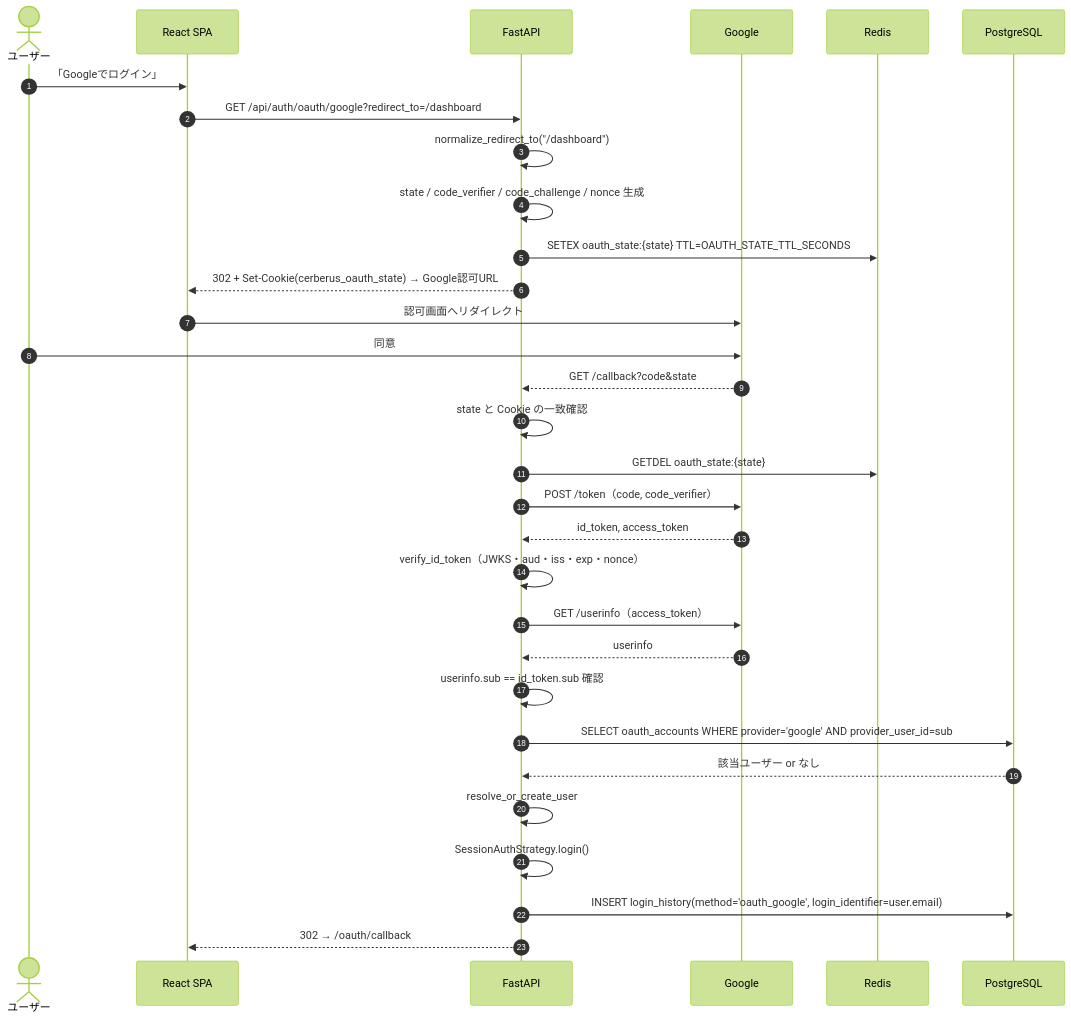
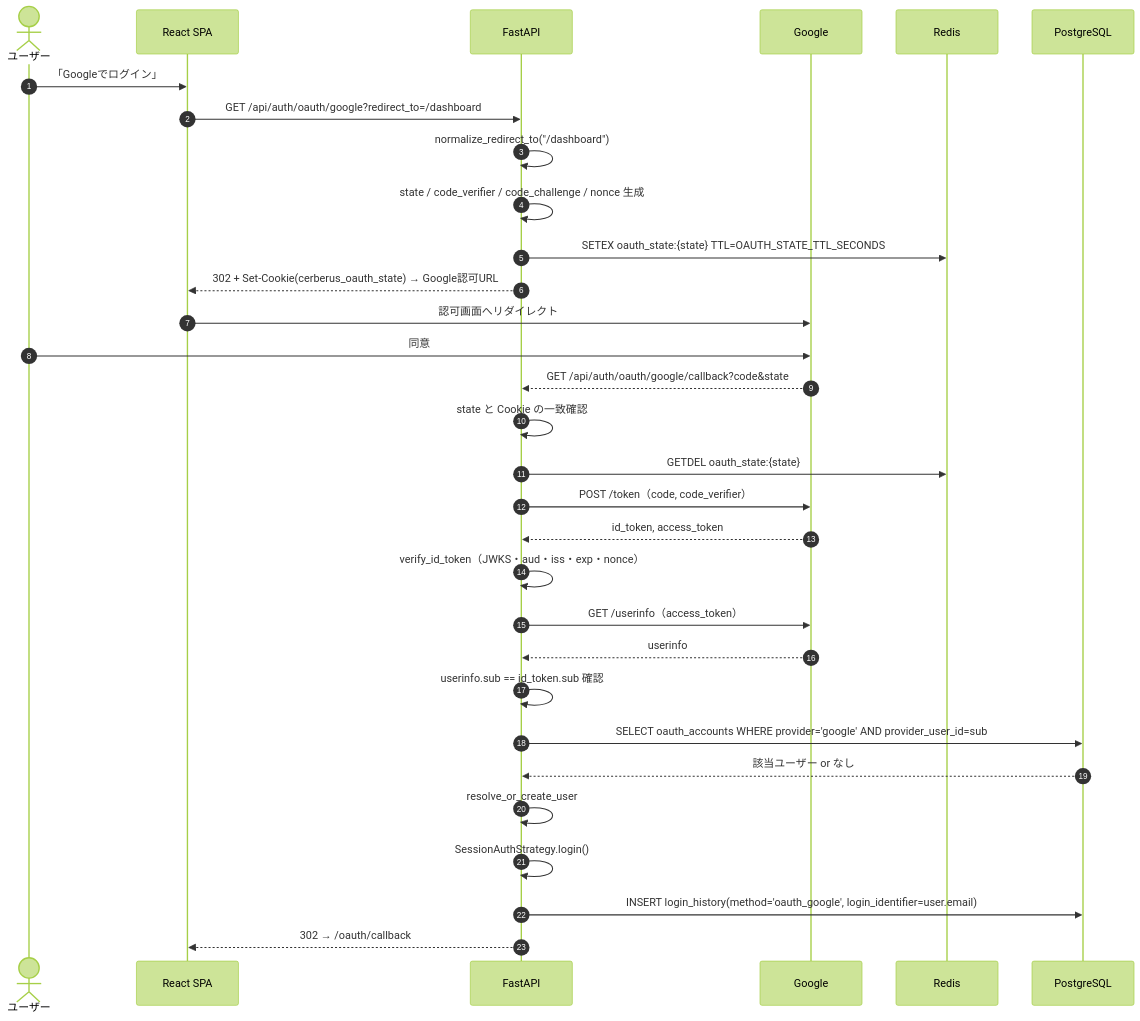
One commit to oikawa-d/task_management changed the first of 5 diagrams in docs/detailed_design/auth/04_google_oauth.md. Above: the diagram before and after it, drawn with Mermaid (forest theme). The commit also changed other lines of this file and 20 other files, not shown here.

First line of the commit message:
feat: [phase] Google OAuth2認証を完了 (#380)

````diff
--- a/docs/detailed_design/auth/04_google_oauth.md
+++ b/docs/detailed_design/auth/04_google_oauth.md
@@ -68,34 +68,34 @@
 ```mermaid
 sequenceDiagram
     autonumber
     actor U as ユーザー
     participant FE as React SPA
     participant API as FastAPI
     participant G as Google
     participant RD as Redis
     participant PG as PostgreSQL
 
     U->>FE: 「Googleでログイン」
     FE->>API: GET /api/auth/oauth/google?redirect_to=/dashboard
     API->>API: normalize_redirect_to("/dashboard")
     API->>API: state / code_verifier / code_challenge / nonce 生成
     API->>RD: SETEX oauth_state:{state} TTL=OAUTH_STATE_TTL_SECONDS
     API-->>FE: 302 + Set-Cookie(cerberus_oauth_state) → Google認可URL
     FE->>G: 認可画面へリダイレクト
     U->>G: 同意
-    G-->>API: GET /callback?code&state
+    G-->>API: GET /api/auth/oauth/google/callback?code&state
     API->>API: state と Cookie の一致確認
     API->>RD: GETDEL oauth_state:{state}
     API->>G: POST /token（code, code_verifier）
     G-->>API: id_token, access_token
     API->>API: verify_id_token（JWKS・aud・iss・exp・nonce）
     API->>G: GET /userinfo（access_token）
     G-->>API: userinfo
     API->>API: userinfo.sub == id_token.sub 確認
     API->>PG: SELECT oauth_accounts WHERE provider='google' AND provider_user_id=sub
     PG-->>API: 該当ユーザー or なし
     API->>API: resolve_or_create_user
     API->>API: SessionAuthStrategy.login()
     API->>PG: INSERT login_history(method='oauth_google', login_identifier=user.email)
     API-->>FE: 302 → /oauth/callback#redirect_to=/dashboard（Cookie設定済み）
 ```
````
